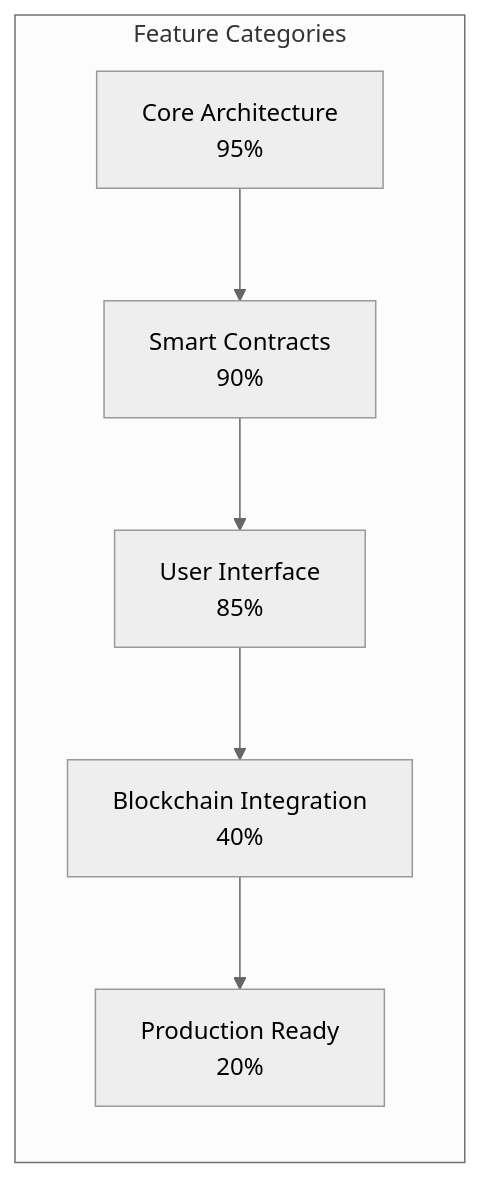
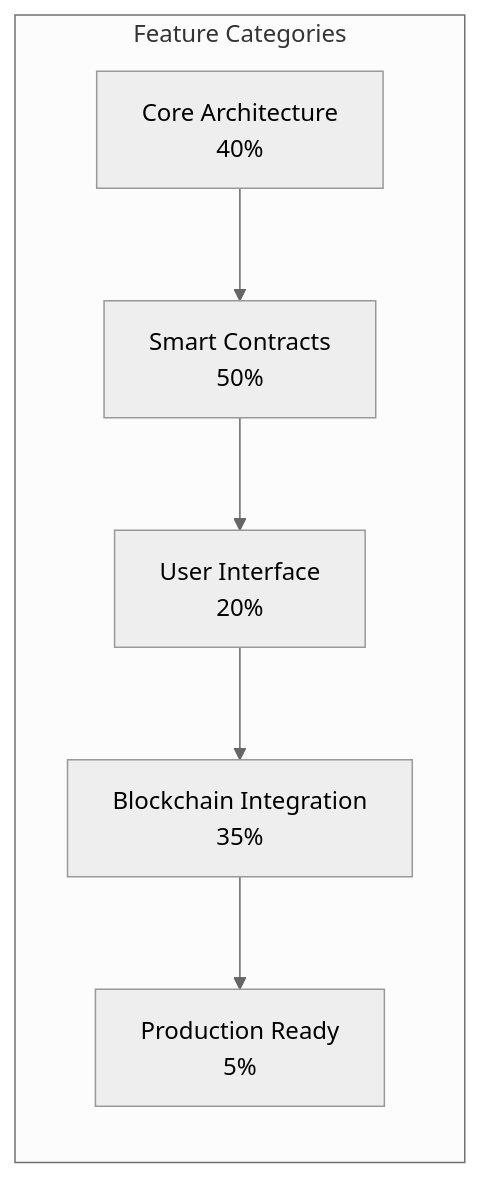
One commit to compiling-org/nft-blockchain-interactive changed the third of 4 diagrams in grant-repositories/README.md. Above: the diagram before and after it, drawn with Mermaid (neutral theme). The commit also changed other lines of this file and 4 other files, not shown here.

Commit message:
docs: brutal reality updates — corrected grant statuses, added reality checks, fixed charts; scripts: honest verification summary

````diff
--- a/grant-repositories/README.md
+++ b/grant-repositories/README.md
@@ -64,15 +66,15 @@
 ```mermaid
 graph LR
     subgraph "Feature Categories"
-        CORE["Core Architecture<br/>95%"]
-        CONTRACTS["Smart Contracts<br/>90%"]
-        UI["User Interface<br/>85%"]
-        INTEGRATION["Blockchain Integration<br/>40%"]
-        PRODUCTION["Production Ready<br/>20%"]
+        CORE["Core Architecture<br/>40%"]
+        CONTRACTS["Smart Contracts<br/>50%"]
+        UI["User Interface<br/>20%"]
+        INTEGRATION["Blockchain Integration<br/>35%"]
+        PRODUCTION["Production Ready<br/>5%"]
     end
     
     CORE --> CONTRACTS
     CONTRACTS --> UI
     UI --> INTEGRATION
     INTEGRATION --> PRODUCTION
 ```
````
